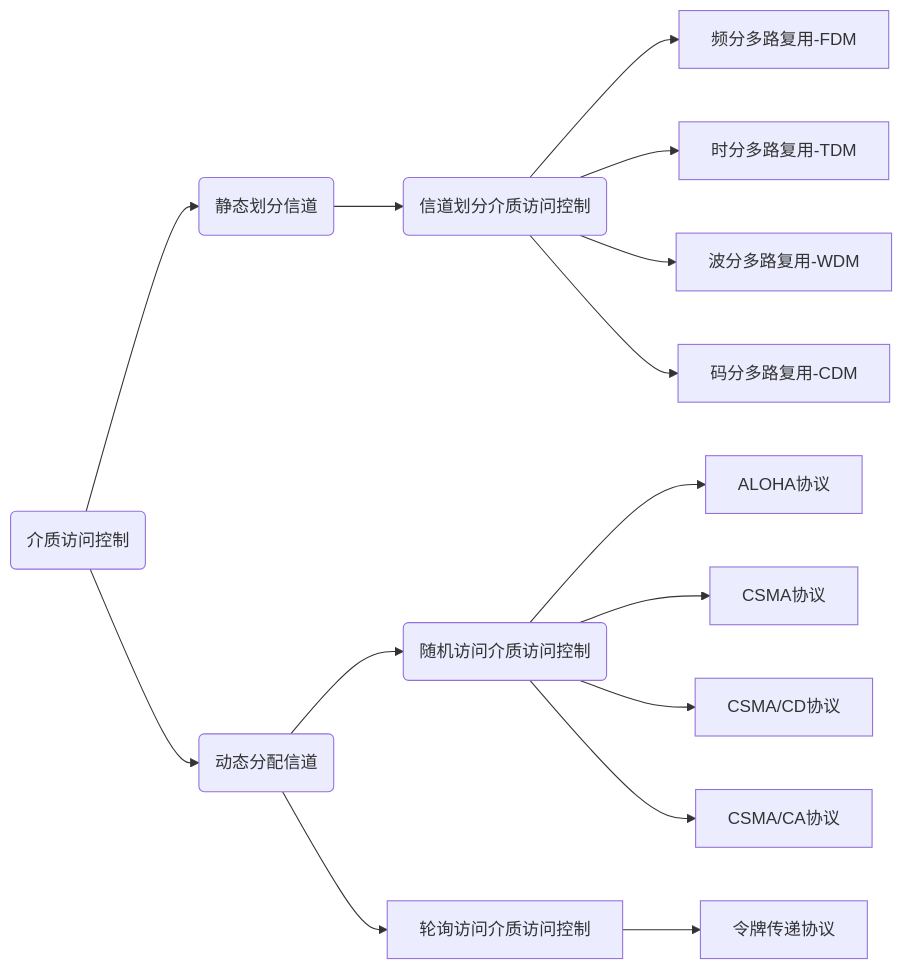
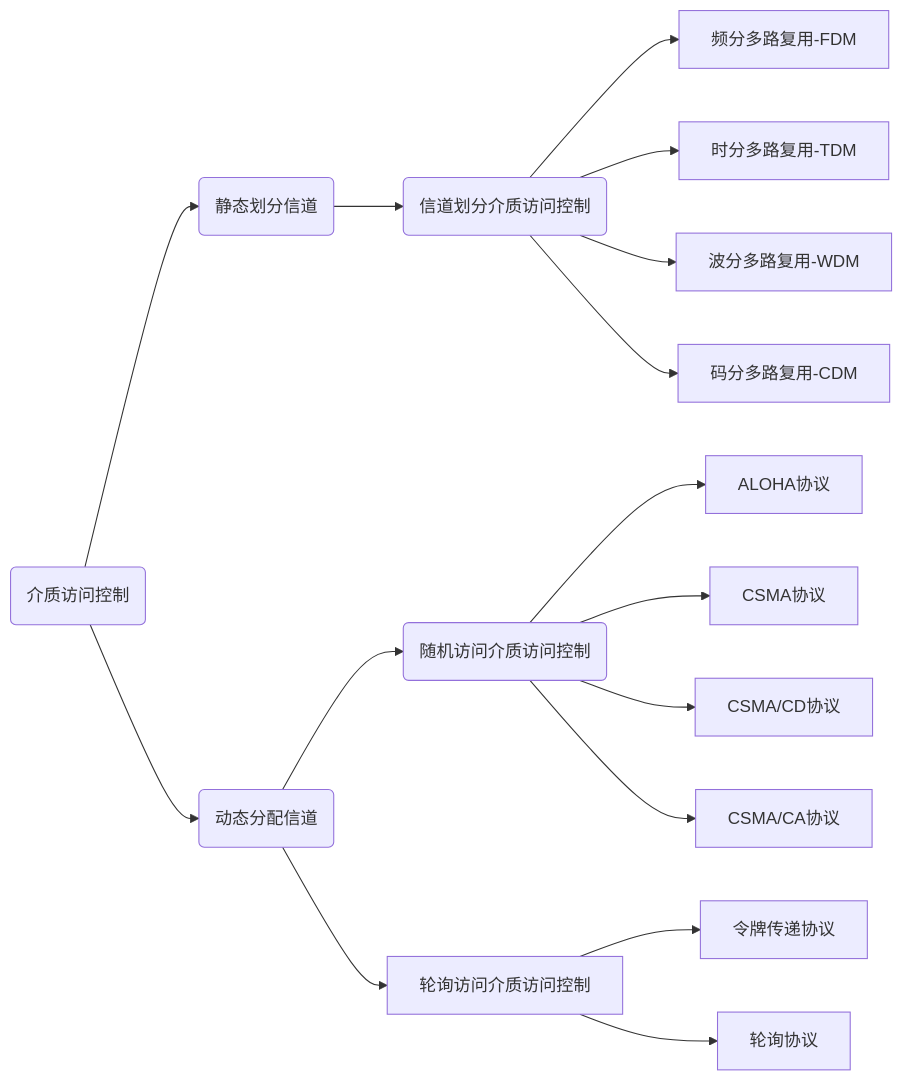
One commit to jimmyyukio/Computer-Network-MD changed the fifth of 8 diagrams in 05-链路层.md. Above: the diagram before and after it, drawn with Mermaid. The commit also changed other lines of this file and 39 other files, not shown here.

````diff
--- a/05-链路层.md
+++ b/05-链路层.md
@@ -730,17 +730,17 @@
 ```mermaid
 graph LR
 A(介质访问控制)-->B(静态划分信道)
 B-->C(信道划分介质访问控制)
 C-->频分多路复用-FDM
 C-->时分多路复用-TDM
 C-->波分多路复用-WDM
 C-->码分多路复用-CDM
 A-->D(动态分配信道)
 D-->E(随机访问介质访问控制)
 E-->ALOHA协议
 E-->CSMA协议
 E-->CSMA/CD协议
 E-->CSMA/CA协议
 D-->轮询访问介质访问控制-->令牌传递协议
-
+轮询访问介质访问控制-->轮询协议
 ```
````
